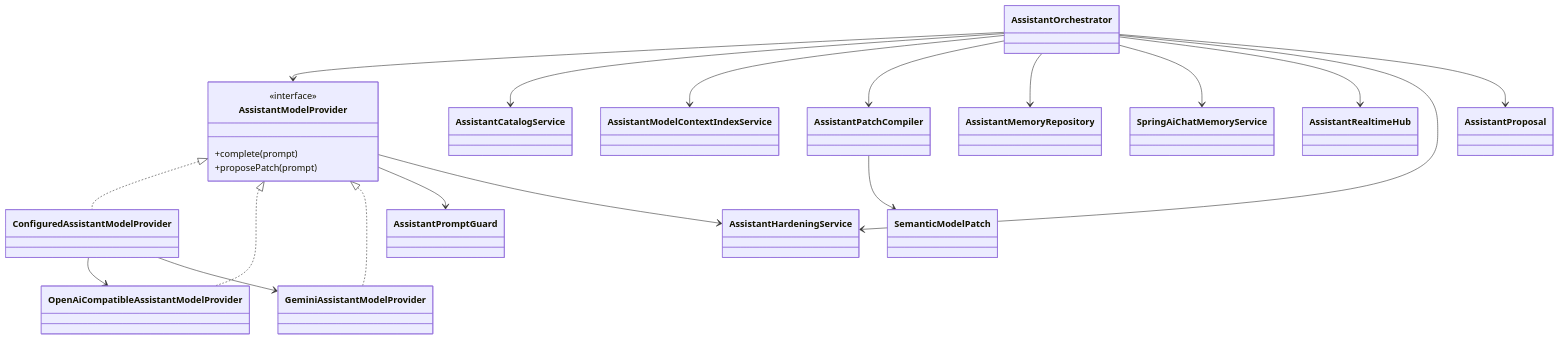
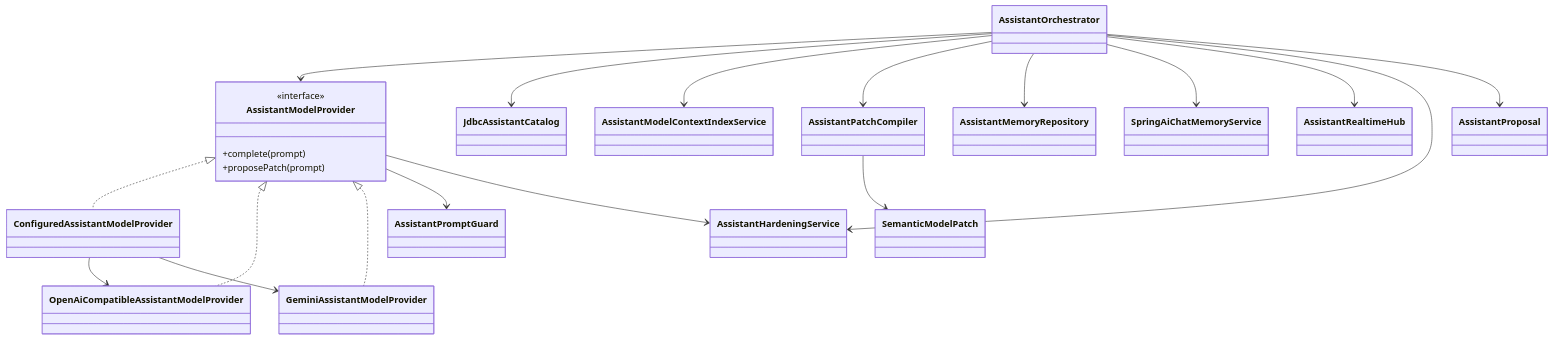
The third of 3 diagrams in docs/diagrams/06-core-class-relations.md (mehdieidi/modriss), drawn with Mermaid before and after one commit. The commit also changed 50 other files, not shown here.

````diff
--- a/docs/diagrams/06-core-class-relations.md
+++ b/docs/diagrams/06-core-class-relations.md
@@ -114,40 +114,40 @@
 ```mermaid
 classDiagram
     class AssistantOrchestrator
     class AssistantModelProvider {
         <<interface>>
         +complete(prompt)
         +proposePatch(prompt)
     }
     class ConfiguredAssistantModelProvider
     class OpenAiCompatibleAssistantModelProvider
     class GeminiAssistantModelProvider
-    class AssistantCatalogService
+    class JdbcAssistantCatalog
     class AssistantModelContextIndexService
     class AssistantPatchCompiler
     class AssistantMemoryRepository
     class SpringAiChatMemoryService
     class AssistantRealtimeHub
     class AssistantHardeningService
     class AssistantPromptGuard
     class SemanticModelPatch
     class AssistantProposal
 
     AssistantModelProvider <|.. ConfiguredAssistantModelProvider
     AssistantModelProvider <|.. OpenAiCompatibleAssistantModelProvider
     AssistantModelProvider <|.. GeminiAssistantModelProvider
     ConfiguredAssistantModelProvider --> OpenAiCompatibleAssistantModelProvider
     ConfiguredAssistantModelProvider --> GeminiAssistantModelProvider
     AssistantOrchestrator --> AssistantModelProvider
-    AssistantOrchestrator --> AssistantCatalogService
+    AssistantOrchestrator --> JdbcAssistantCatalog
     AssistantOrchestrator --> AssistantModelContextIndexService
     AssistantOrchestrator --> AssistantPatchCompiler
     AssistantOrchestrator --> AssistantMemoryRepository
     AssistantOrchestrator --> SpringAiChatMemoryService
     AssistantOrchestrator --> AssistantRealtimeHub
     AssistantOrchestrator --> AssistantHardeningService
     AssistantModelProvider --> AssistantPromptGuard
     AssistantModelProvider --> AssistantHardeningService
     AssistantPatchCompiler --> SemanticModelPatch
     AssistantOrchestrator --> AssistantProposal
 ```
````
